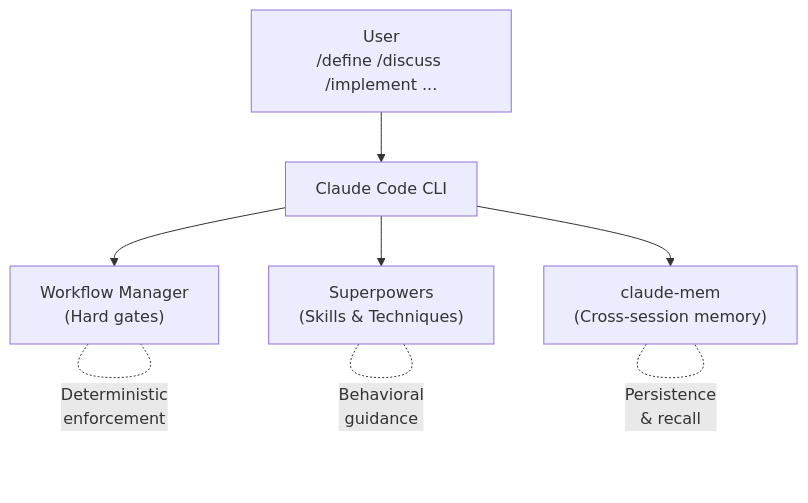
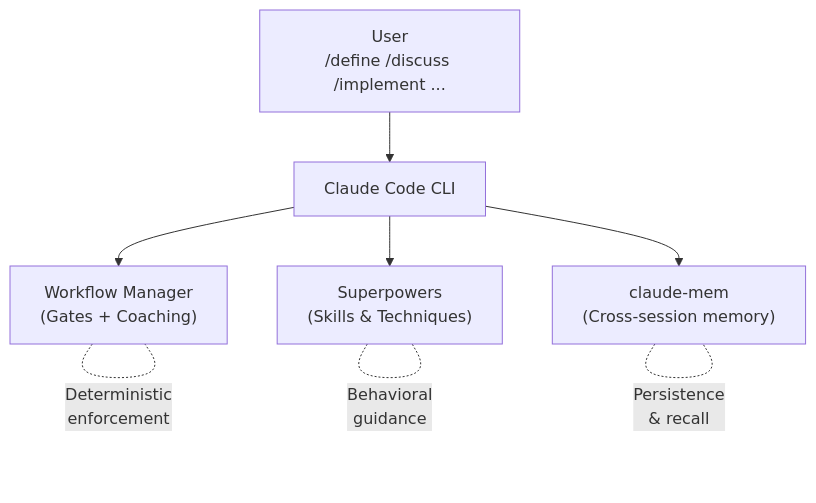
The diagram in docs/reference/architecture.md (azevedo-home-lab/claude-code-workflows), drawn with Mermaid before and after one commit.

Commit message:
docs: fix system overview label — Workflow Manager does gates + coaching, not just gates

````diff
--- a/docs/reference/architecture.md
+++ b/docs/reference/architecture.md
@@ -7,17 +7,17 @@
 ```mermaid
 graph TD
     User["User<br/>/define /discuss /implement ..."]
     CLI["Claude Code CLI"]
-    WFM["Workflow Manager<br/>(Hard gates)"]
+    WFM["Workflow Manager<br/>(Gates + Coaching)"]
     SP["Superpowers<br/>(Skills & Techniques)"]
     CM["claude-mem<br/>(Cross-session memory)"]
 
     User --> CLI
     CLI --> WFM
     CLI --> SP
     CLI --> CM
 
     WFM -.- |"Deterministic<br/>enforcement"| WFM
     SP -.- |"Behavioral<br/>guidance"| SP
     CM -.- |"Persistence<br/>& recall"| CM
 ```
````
